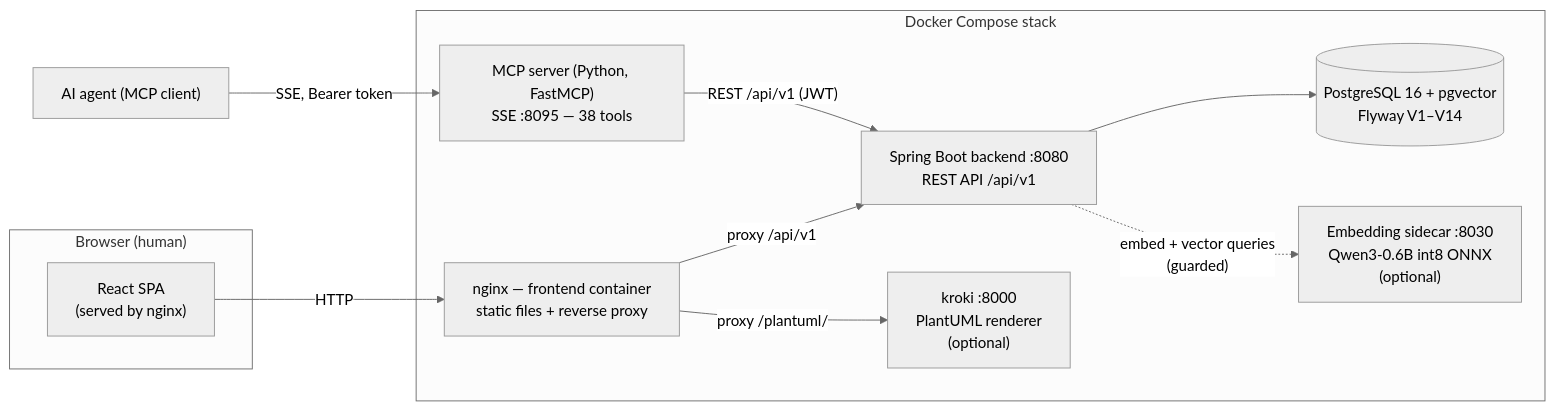
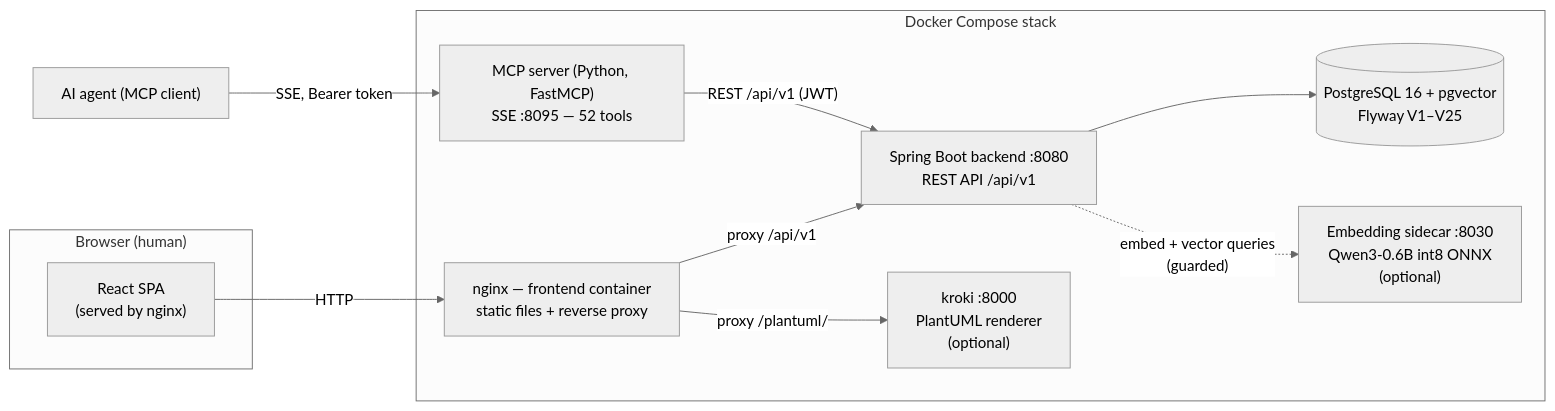
Before and after one commit to KEEPEE/wiki4ai: the first of 3 diagrams in backend/src/main/resources/seed/docs/03-architecture-overview.md, drawn with Mermaid (neutral theme). The commit also changed other lines of this file and 215 other files, not shown here.

Commit message:
Sync with upstream: agent coordination layer, hashed tokens, 52 MCP tools, refreshed docs and screenshots

````diff
--- a/backend/src/main/resources/seed/docs/03-architecture-overview.md
+++ b/backend/src/main/resources/seed/docs/03-architecture-overview.md
@@ -16,25 +16,25 @@
 ```mermaid
 flowchart LR
     subgraph Client["Browser (human)"]
         UI["React SPA<br/>(served by nginx)"]
     end
 
     subgraph Stack["Docker Compose stack"]
         NG["nginx — frontend container<br/>static files + reverse proxy"]
         BE["Spring Boot backend :8080<br/>REST API /api/v1"]
-        DB[("PostgreSQL 16 + pgvector<br/>Flyway V1–V14")]
+        DB[("PostgreSQL 16 + pgvector<br/>Flyway V1–V25")]
         EMB["Embedding sidecar :8030<br/>Qwen3-0.6B int8 ONNX<br/>(optional)"]
         KR["kroki :8000<br/>PlantUML renderer<br/>(optional)"]
-        MCPS["MCP server (Python, FastMCP)<br/>SSE :8095 — 38 tools"]
+        MCPS["MCP server (Python, FastMCP)<br/>SSE :8095 — 52 tools"]
     end
 
     AGENT["AI agent (MCP client)"]
 
     UI -->|HTTP| NG
     NG -->|"proxy /api/v1"| BE
     NG -->|"proxy /plantuml/"| KR
     BE --> DB
     BE -.->|"embed + vector queries<br/>(guarded)"| EMB
     AGENT -->|"SSE, Bearer token"| MCPS
     MCPS -->|"REST /api/v1 (JWT)"| BE
 ```
````
